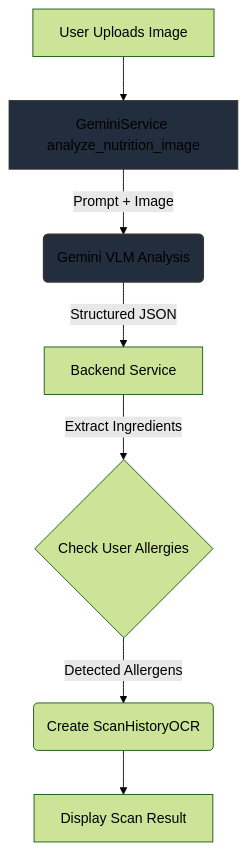
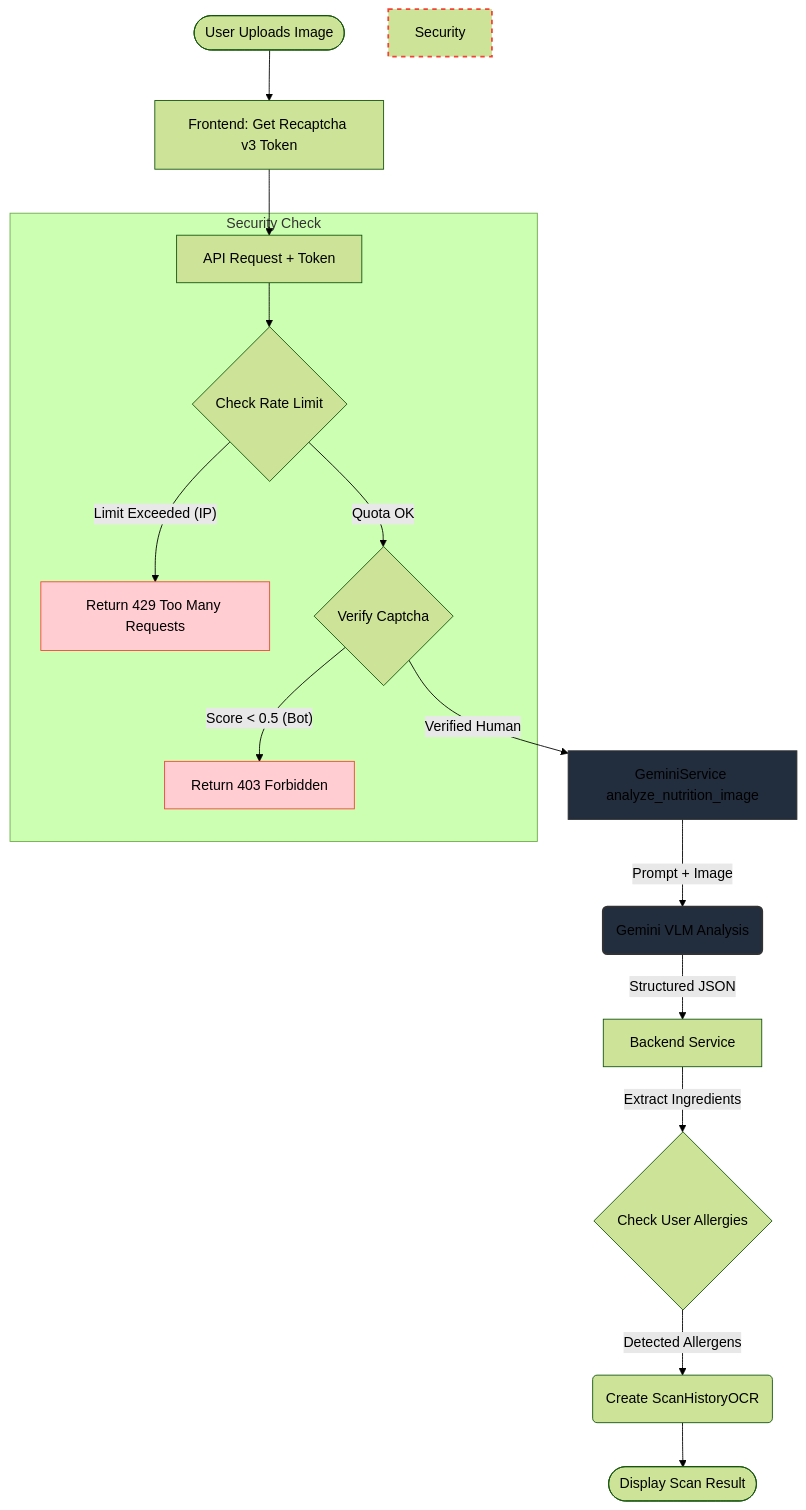
One commit to rbwtech/lacak-nutri changed the first of 2 diagrams in README.md. Above: the diagram before and after it, drawn with Mermaid (forest theme). The commit also changed other lines of this file and 1 other file, not shown here.

````diff
--- a/README.md
+++ b/README.md
@@ -105,13 +105,28 @@
 ```mermaid
 graph TD
-A[User Uploads Image] --> B["GeminiService analyze_nutrition_image"]
-B -- Prompt + Image --> C(Gemini VLM Analysis)
-C -- Structured JSON --> D[Backend Service]
-D -- Extract Ingredients --> E{Check User Allergies}
-E -- Detected Allergens --> F(Create ScanHistoryOCR)
-F --> G[Display Scan Result]
+    User([User Uploads Image]) --> Frontend[Frontend: Get Recaptcha v3 Token]
+    Frontend --> API[API Request + Token]
 
-%% Style blocks
-style C fill:#222d3d,stroke:#333,stroke-width:2px
-style B fill:#222d3d,stroke:#333,stroke-width:1px
+    %% Security Layer
+    subgraph Security Check
+        API --> RL{Check Rate Limit}
+        RL -- "Limit Exceeded (IP)" --> Error429[Return 429 Too Many Requests]
+        RL -- "Quota OK" --> CV{Verify Captcha}
+        CV -- "Score < 0.5 (Bot)" --> Error403[Return 403 Forbidden]
+    end
+
+    %% Main Logic
+    CV -- "Verified Human" --> B["GeminiService analyze_nutrition_image"]
+    B -- Prompt + Image --> C(Gemini VLM Analysis)
+    C -- Structured JSON --> D[Backend Service]
+    D -- Extract Ingredients --> E{Check User Allergies}
+    E -- Detected Allergens --> F(Create ScanHistoryOCR)
+    F --> G([Display Scan Result])
+
+    %% Styling
+    style C fill:#222d3d,stroke:#333,stroke-width:2px
+    style B fill:#222d3d,stroke:#333,stroke-width:1px
+    style Security Check fill:#ffebee,stroke:#f44336,stroke-width:2px,stroke-dasharray: 5 5
+    style Error429 fill:#ffcdd2,stroke:#f44336
+    style Error403 fill:#ffcdd2,stroke:#f44336
 ```
````
